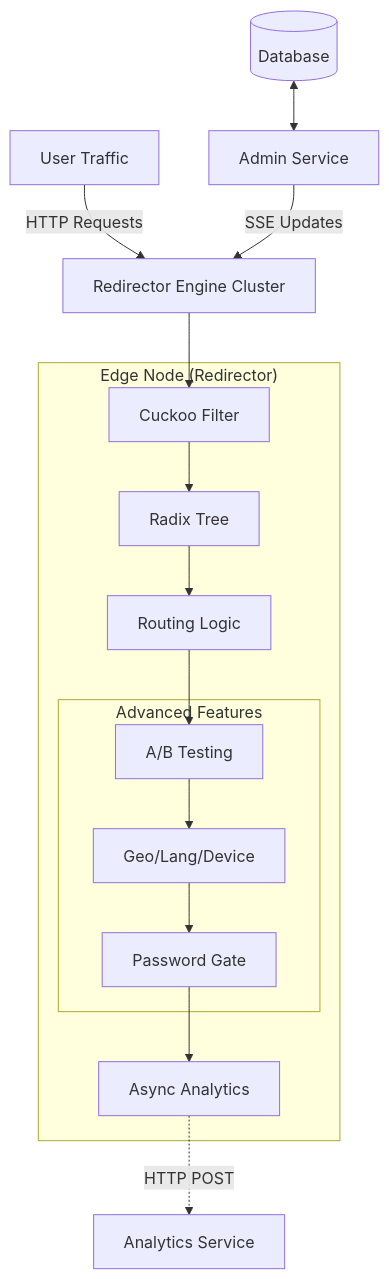
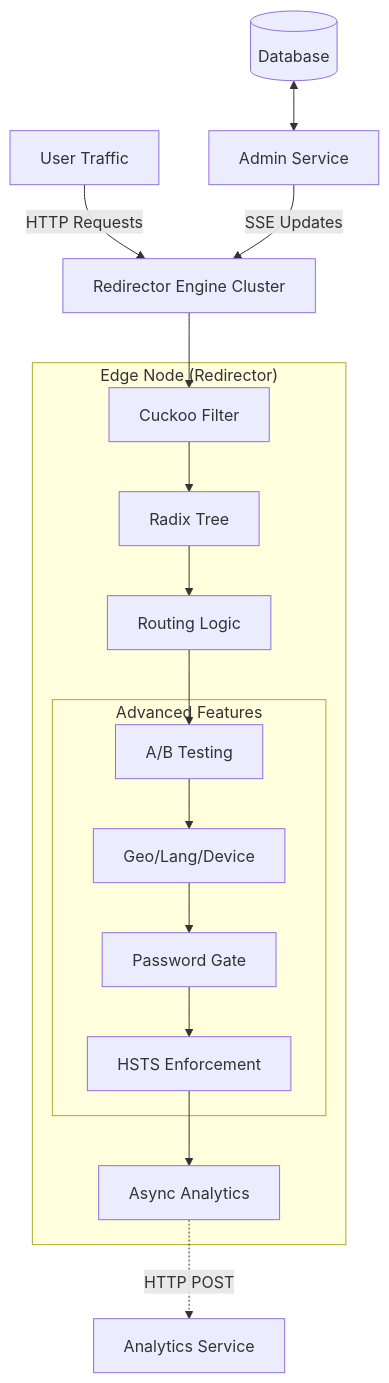
One commit to MikBin/url-redir-short changed the diagram in redir-engine/unified_architecture.md. Above: the diagram before and after it, drawn with Mermaid. The commit also changed other lines of this file, not shown here.

First line of the commit message:
Update redir-engine architecture with missing functional requirements

````diff
--- a/redir-engine/unified_architecture.md
+++ b/redir-engine/unified_architecture.md
@@ -12,29 +12,31 @@
 ```mermaid
 graph TD
     User[User Traffic] -->|HTTP Requests| Edge[Redirector Engine Cluster]
     Admin[Admin Service] -->|SSE Updates| Edge
     DB[(Database)] <--> Admin
 
     subgraph "Edge Node (Redirector)"
         CF[Cuckoo Filter]
         RT[Radix Tree]
         Routing[Routing Logic]
 
         subgraph "Advanced Features"
            AB[A/B Testing]
            Geo[Geo/Lang/Device]
            Auth[Password Gate]
+           HSTS[HSTS Enforcement]
         end
 
         Analytics[Async Analytics]
     end
 
     Edge --> CF
     CF --> RT
     RT --> Routing
     Routing --> AB
     AB --> Geo
     Geo --> Auth
-    Auth --> Analytics
+    Auth --> HSTS
+    HSTS --> Analytics
     Analytics -.->|HTTP POST| AS[Analytics Service]
 ```
````
